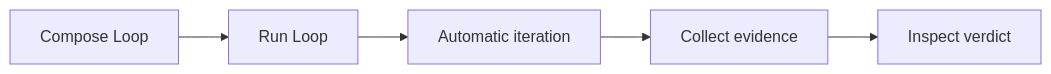
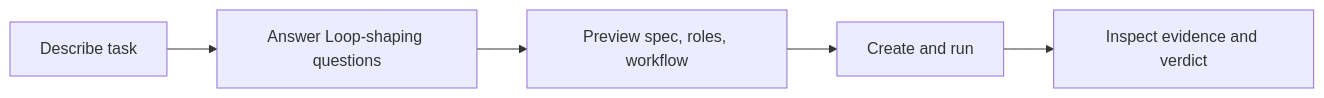
The fifth of 5 diagrams in README.md (huyusong10/Liminal), drawn with Mermaid before and after one commit. The commit also changed other lines of this file and 6 other files, not shown here.

````diff
--- a/README.md
+++ b/README.md
@@ -118,7 +182,7 @@
 ```mermaid
 flowchart LR
-    A["Compose Loop"] --> B["Run Loop"]
-    B --> C["Automatic iteration"]
-    C --> D["Collect evidence"]
-    D --> E["Inspect verdict"]
+    A["Describe task"] --> B["Answer Loop-shaping questions"]
+    B --> C["Preview spec, roles, workflow"]
+    C --> D["Create and run"]
+    D --> E["Inspect evidence and verdict"]
 ```
````
